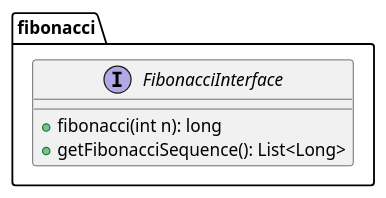
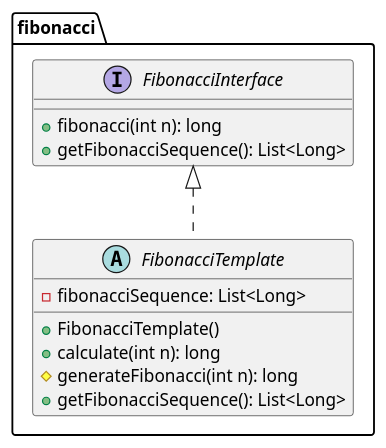
The diagram in FibonacciSequenceUML.puml (youatik/FibonacciSequenceUML), drawn with PlantUML before and after one commit.

Commit message:
Added the Template

```diff
--- a/FibonacciSequenceUML.puml
+++ b/FibonacciSequenceUML.puml
@@ -1,10 +1,20 @@
 @startuml
 
 package fibonacci {
   interface FibonacciInterface {
     + fibonacci(int n): long
     + getFibonacciSequence(): List<Long>
   }
+
+  abstract class FibonacciTemplate {
+    - fibonacciSequence: List<Long>
+    + FibonacciTemplate()
+    + calculate(int n): long
+    # generateFibonacci(int n): long
+    + getFibonacciSequence(): List<Long>
+  }
+  
+  FibonacciInterface <|.. FibonacciTemplate
 }
 
 @enduml
```
